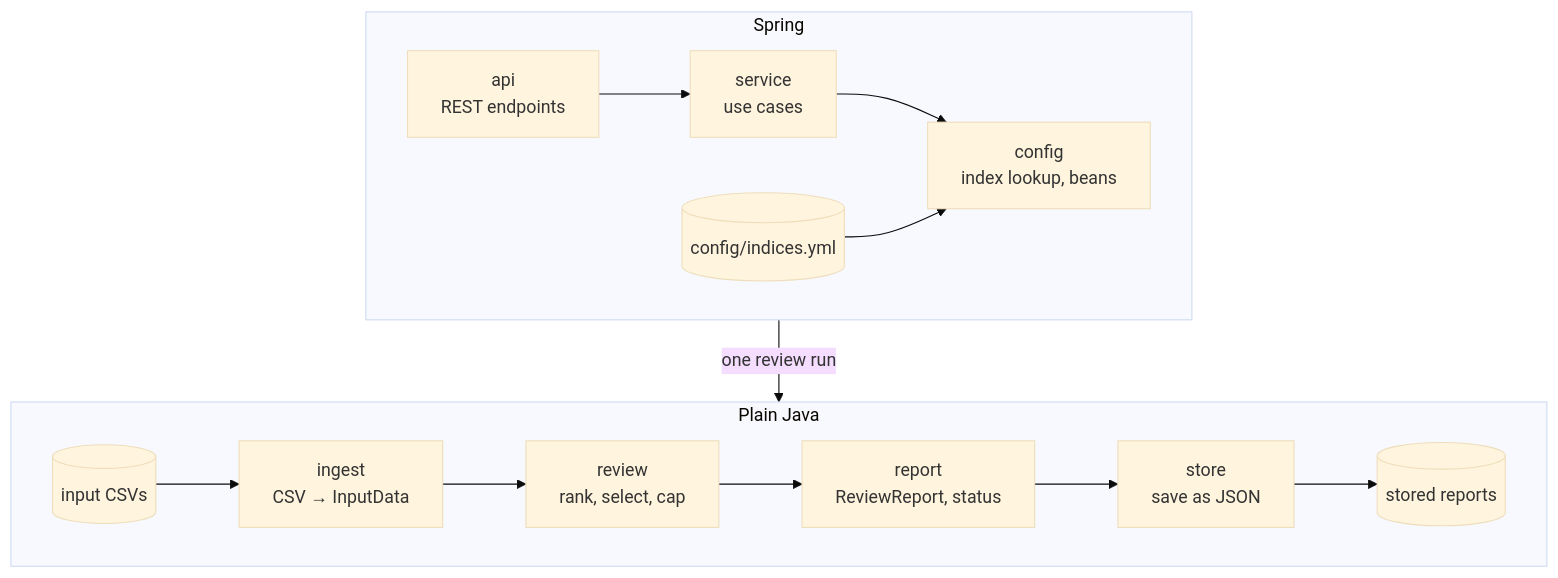
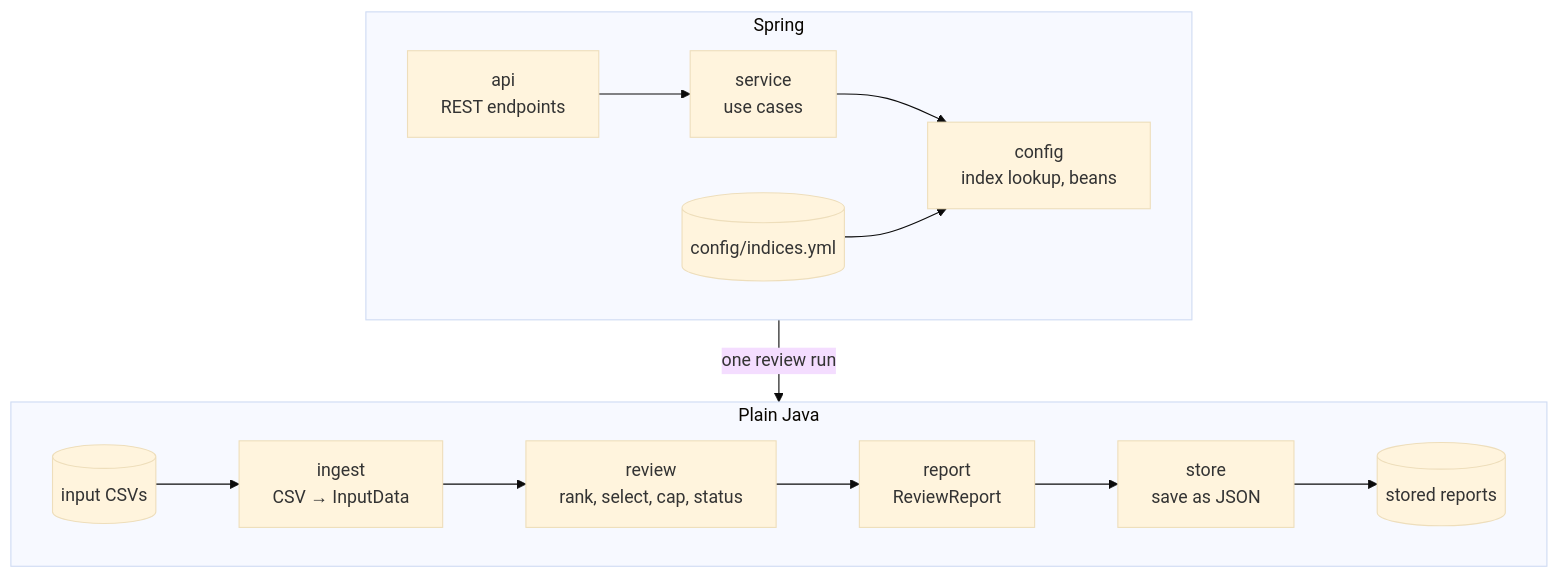
The diagram in docs/DESIGN.md (MarcMaetz/six-index), drawn with Mermaid (base theme) before and after one commit. The commit also changed other lines of this file and 17 other files, not shown here.

Commit message:
Move review status from report to review; read via ReviewResult.assessment() (D27)

````diff
--- a/docs/DESIGN.md
+++ b/docs/DESIGN.md
@@ -20,13 +20,13 @@
 ```mermaid
 flowchart TB
     subgraph spring [Spring]
         direction LR
         api["api<br/>REST endpoints"] --> service["service<br/>use cases"] --> config["config<br/>index lookup, beans"]
         yml[(config/indices.yml)] --> config
     end
     spring -- "one review run" --> plain
     subgraph plain [Plain Java]
         direction LR
-        csv[(input CSVs)] --> ingest["ingest<br/>CSV → InputData"] --> review["review<br/>rank, select, cap"] --> report["report<br/>ReviewReport, status"] --> store["store<br/>save as JSON"] --> json[(stored reports)]
+        csv[(input CSVs)] --> ingest["ingest<br/>CSV → InputData"] --> review["review<br/>rank, select, cap, status"] --> report["report<br/>ReviewReport"] --> store["store<br/>save as JSON"] --> json[(stored reports)]
     end
 ```
````
